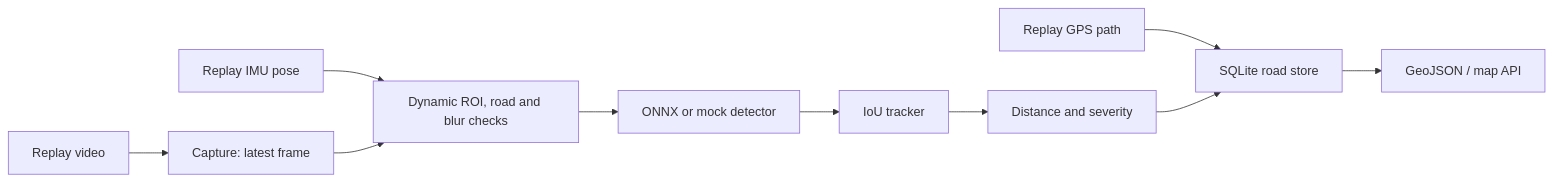
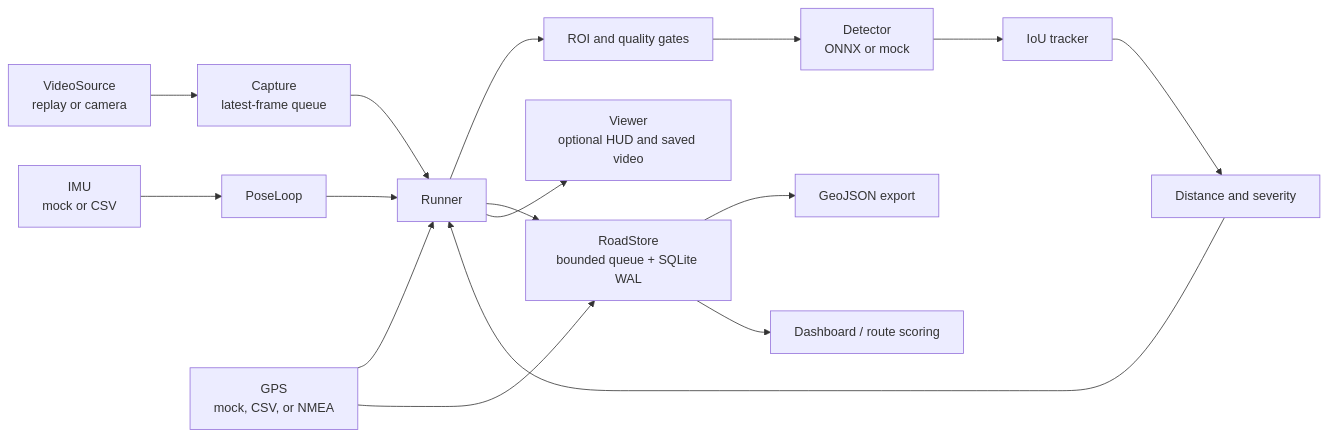
Before and after one commit to Rakshit-Mathur/Pothole-Severity-and-Route-Risk-Prediction: the diagram in docs/ARCHITECTURE.md, drawn with Mermaid. The commit also changed other lines of this file and 12 other files, not shown here.

Commit message:
enhance GPS integration with NMEA support and update configuration; refine data handling in road store and improve documentation

````diff
--- a/docs/ARCHITECTURE.md
+++ b/docs/ARCHITECTURE.md
@@ -3,12 +5,18 @@
 ```mermaid
 flowchart LR
-  Vid[Replay video] --> Cap[Capture: latest frame]
-  Pose[Replay IMU pose] --> ROI
-  GPS[Replay GPS path] --> Store[SQLite road store]
-  Cap --> ROI[Dynamic ROI, road and blur checks]
-  ROI --> Det[ONNX or mock detector]
-  Det --> Trk[IoU tracker]
-  Trk --> Dec[Distance and severity]
-  Dec --> Store
-  Store --> Map[GeoJSON / map API]
+  V[VideoSource<br/>replay or camera] --> C[Capture<br/>latest-frame queue]
+  I[IMU<br/>mock or CSV] --> P[PoseLoop]
+  G[GPS<br/>mock, CSV, or NMEA] --> R[Runner]
+  C --> R
+  P --> R
+  R --> Q[ROI and quality gates]
+  Q --> D[Detector<br/>ONNX or mock]
+  D --> T[IoU tracker]
+  T --> S[Distance and severity]
+  S --> R
+  R --> DB[RoadStore<br/>bounded queue + SQLite WAL]
+  G --> DB
+  DB --> E[GeoJSON export]
+  DB --> M[Dashboard / route scoring]
+  R --> O[Viewer<br/>optional HUD and saved video]
 ```
````
